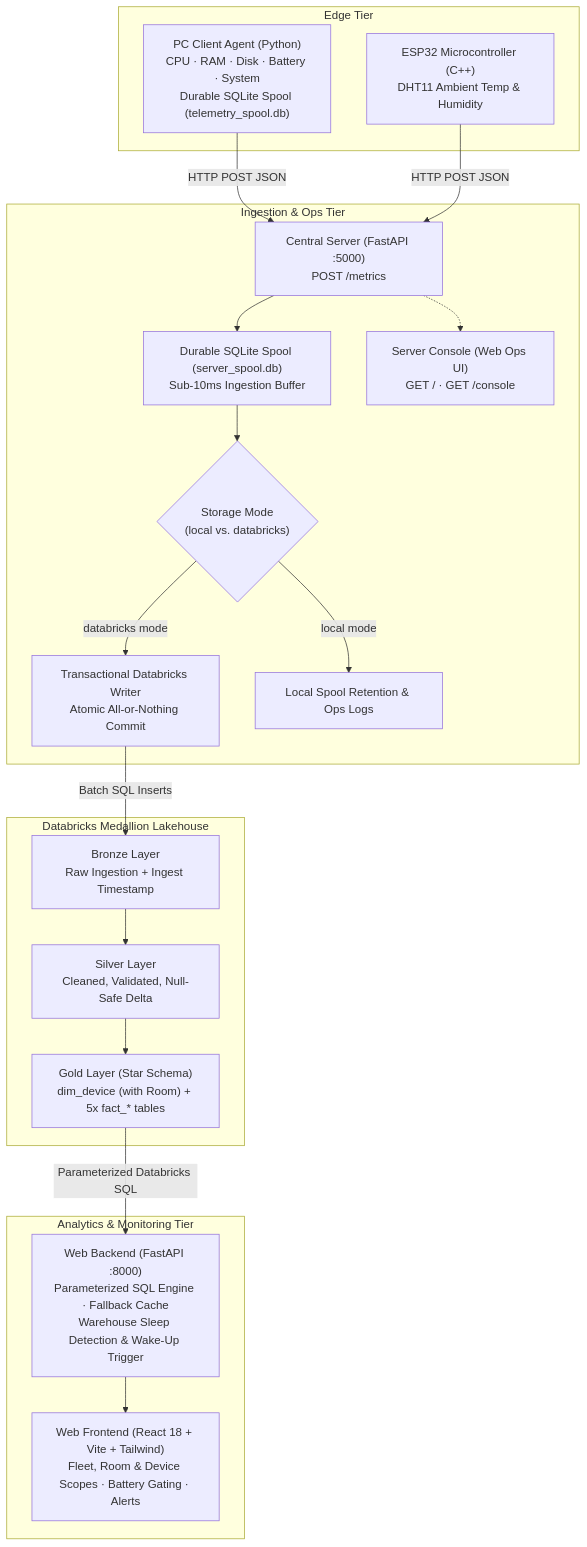
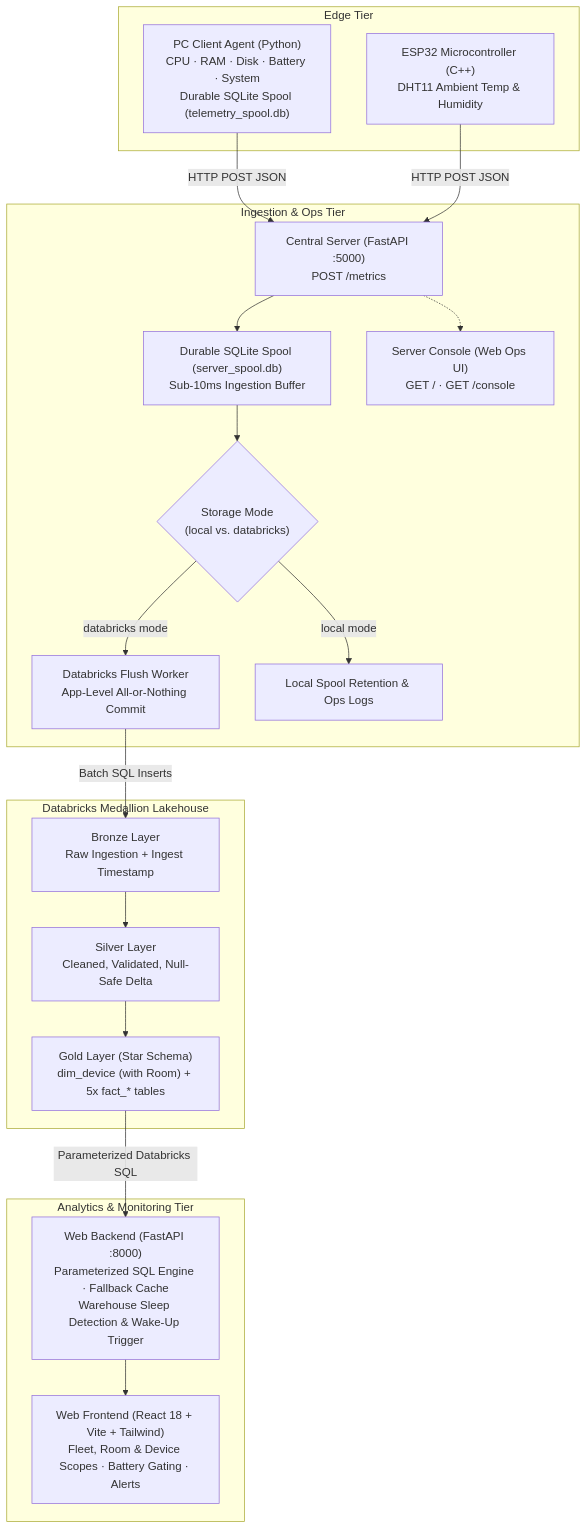
The diagram in README.md (SaiPavanVetcha/EdgeShield), drawn with Mermaid before and after one commit. The commit also changed other lines of this file and 8 other files, not shown here.

````diff
--- a/README.md
+++ b/README.md
@@ -34,39 +34,39 @@
 ```mermaid
 flowchart TD
     subgraph Edge ["Edge Tier"]
         PC["PC Client Agent (Python)<br/>CPU · RAM · Disk · Battery · System<br/>Durable SQLite Spool (telemetry_spool.db)"]
         ESP["ESP32 Microcontroller (C++)<br/>DHT11 Ambient Temp & Humidity"]
     end
 
     subgraph Ingest ["Ingestion & Ops Tier"]
         Server["Central Server (FastAPI :5000)<br/>POST /metrics"]
         ServerSpool["Durable SQLite Spool (server_spool.db)<br/>Sub-10ms Ingestion Buffer"]
         Console["Server Console (Web Ops UI)<br/>GET / · GET /console"]
         ModeSwitch{"Storage Mode<br/>(local vs. databricks)"}
-        TxWriter["Transactional Databricks Writer<br/>Atomic All-or-Nothing Commit"]
+        TxWriter["Databricks Flush Worker<br/>App-Level All-or-Nothing Commit"]
 
         Server --> ServerSpool
         ServerSpool --> ModeSwitch
         ModeSwitch -->|local mode| LocalStore["Local Spool Retention & Ops Logs"]
         ModeSwitch -->|databricks mode| TxWriter
         Server -.-> Console
     end
 
     subgraph Lakehouse ["Databricks Medallion Lakehouse"]
         Bronze["Bronze Layer<br/>Raw Ingestion + Ingest Timestamp"]
         Silver["Silver Layer<br/>Cleaned, Validated, Null-Safe Delta"]
         Gold["Gold Layer (Star Schema)<br/>dim_device (with Room) + 5x fact_* tables"]
         Bronze --> Silver --> Gold
     end
 
     subgraph WebApp ["Analytics & Monitoring Tier"]
         WebBackend["Web Backend (FastAPI :8000)<br/>Parameterized SQL Engine · Fallback Cache<br/>Warehouse Sleep Detection & Wake-Up Trigger"]
         WebFrontend["Web Frontend (React 18 + Vite + Tailwind)<br/>Fleet, Room & Device Scopes · Battery Gating · Alerts"]
         WebBackend --> WebFrontend
     end
 
     PC -->|HTTP POST JSON| Server
     ESP -->|HTTP POST JSON| Server
     TxWriter -->|Batch SQL Inserts| Bronze
     Gold -->|Parameterized Databricks SQL| WebBackend
 ```
````
